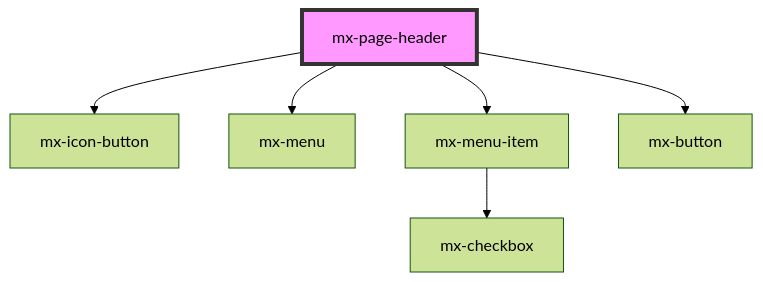
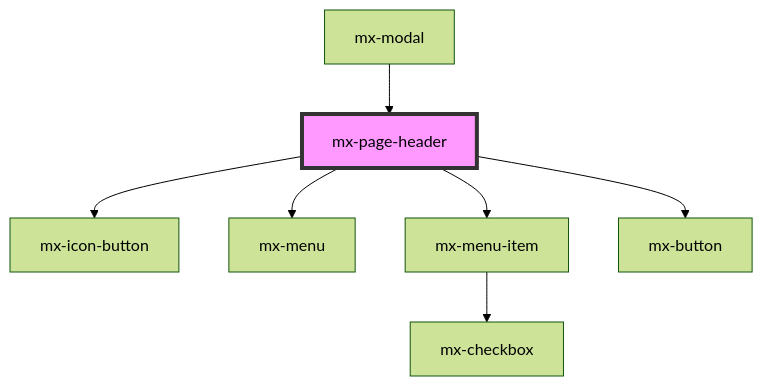
Before and after one commit to kevinleedrum/mds: the diagram in src/components/mx-page-header/readme.md, drawn with Mermaid (forest theme). The commit also changed other lines of this file and 489 other files, not shown here.

````diff
--- a/src/components/mx-page-header/readme.md
+++ b/src/components/mx-page-header/readme.md
@@ -28,9 +45,10 @@
 ```mermaid
 graph TD;
   mx-page-header --> mx-icon-button
   mx-page-header --> mx-menu
   mx-page-header --> mx-menu-item
   mx-page-header --> mx-button
   mx-menu-item --> mx-checkbox
+  mx-modal --> mx-page-header
   style mx-page-header fill:#f9f,stroke:#333,stroke-width:4px
 ```
````
